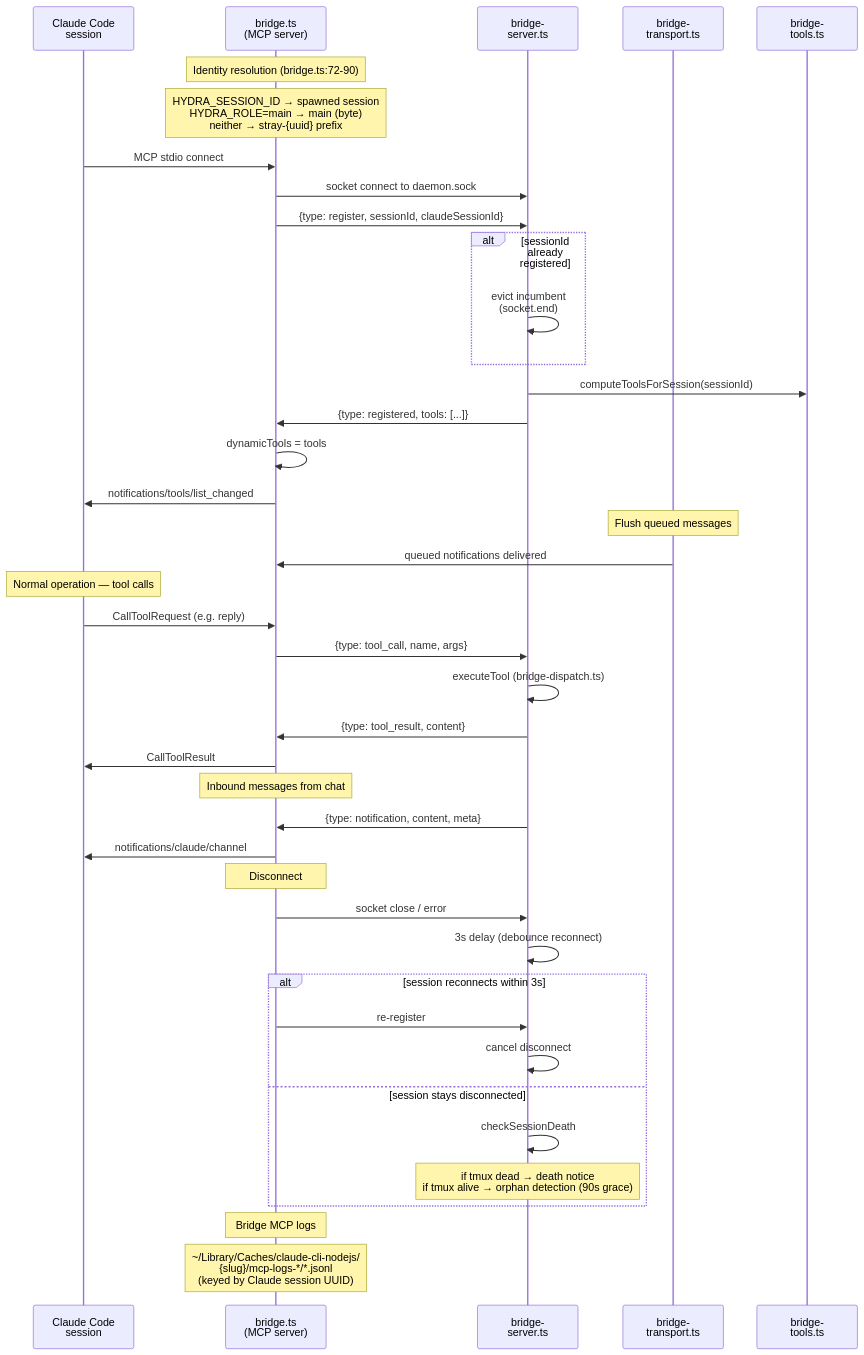
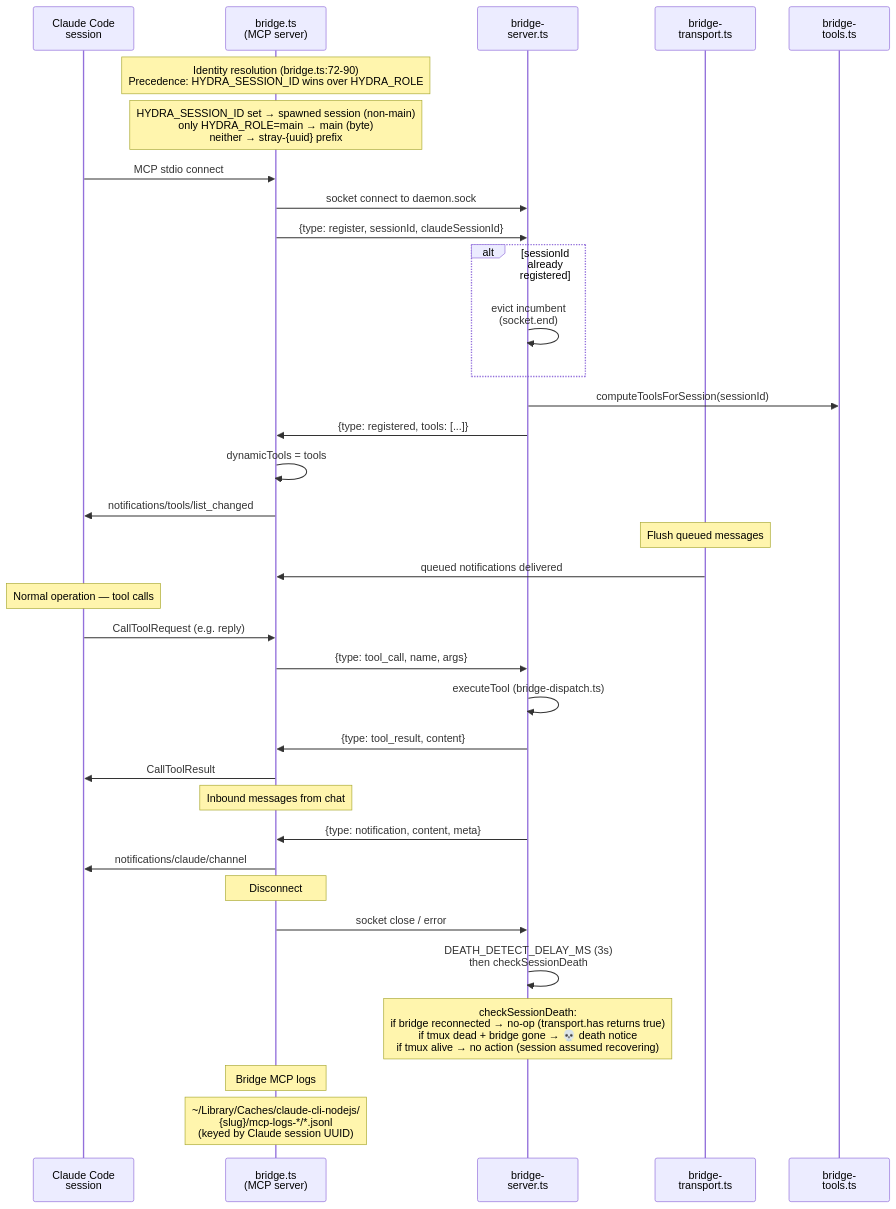
Before and after one commit to sf8193/hydra: the diagram in diagrams/flow-bridge-lifecycle.mmd, drawn with Mermaid. The commit also changed 5 other files, not shown here.

```diff
--- a/diagrams/flow-bridge-lifecycle.mmd
+++ b/diagrams/flow-bridge-lifecycle.mmd
@@ -1,55 +1,49 @@
 %% Bridge Lifecycle — registration, tool delivery, disconnect, reconnect
 %% Each Claude/Codex session gets its own bridge (MCP relay).
 %% Bridge identity determines tool access.
 
 sequenceDiagram
     participant cc as Claude Code<br/>session
     participant bridge as bridge.ts<br/>(MCP server)
     participant server as bridge-<br/>server.ts
     participant transport as bridge-<br/>transport.ts
     participant tools as bridge-<br/>tools.ts
 
-    Note over bridge: Identity resolution (bridge.ts:72-90)
-    Note over bridge: HYDRA_SESSION_ID → spawned session<br/>HYDRA_ROLE=main → main (byte)<br/>neither → stray-{uuid} prefix
+    Note over bridge: Identity resolution (bridge.ts:72-90)<br/>Precedence: HYDRA_SESSION_ID wins over HYDRA_ROLE
+    Note over bridge: HYDRA_SESSION_ID set → spawned session (non-main)<br/>only HYDRA_ROLE=main → main (byte)<br/>neither → stray-{uuid} prefix
 
     cc->>bridge: MCP stdio connect
     bridge->>server: socket connect to daemon.sock
     bridge->>server: {type: register, sessionId, claudeSessionId}
 
     alt sessionId already registered
         server->>server: evict incumbent<br/>(socket.end)
     end
 
     server->>tools: computeToolsForSession(sessionId)
     server->>bridge: {type: registered, tools: [...]}
     bridge->>bridge: dynamicTools = tools
     bridge->>cc: notifications/tools/list_changed
 
     Note over transport: Flush queued messages
     transport->>bridge: queued notifications delivered
 
     Note over cc: Normal operation — tool calls
     cc->>bridge: CallToolRequest (e.g. reply)
     bridge->>server: {type: tool_call, name, args}
     server->>server: executeTool (bridge-dispatch.ts)
     server->>bridge: {type: tool_result, content}
     bridge->>cc: CallToolResult
 
     Note over bridge: Inbound messages from chat
     server->>bridge: {type: notification, content, meta}
     bridge->>cc: notifications/claude/channel
 
     Note over bridge: Disconnect
     bridge->>server: socket close / error
-    server->>server: 3s delay (debounce reconnect)
+    server->>server: DEATH_DETECT_DELAY_MS (3s)<br/>then checkSessionDeath
 
-    alt session reconnects within 3s
-        bridge->>server: re-register
-        server->>server: cancel disconnect
-    else session stays disconnected
-        server->>server: checkSessionDeath
-        Note over server: if tmux dead → death notice<br/>if tmux alive → orphan detection (90s grace)
-    end
+    Note over server: checkSessionDeath:<br/>if bridge reconnected → no-op (transport.has returns true)<br/>if tmux dead + bridge gone → 💀 death notice<br/>if tmux alive → no action (session assumed recovering)
 
     Note over bridge: Bridge MCP logs
     Note over bridge: ~/Library/Caches/claude-cli-nodejs/<br/>{slug}/mcp-logs-*/*.jsonl<br/>(keyed by Claude session UUID)
```
